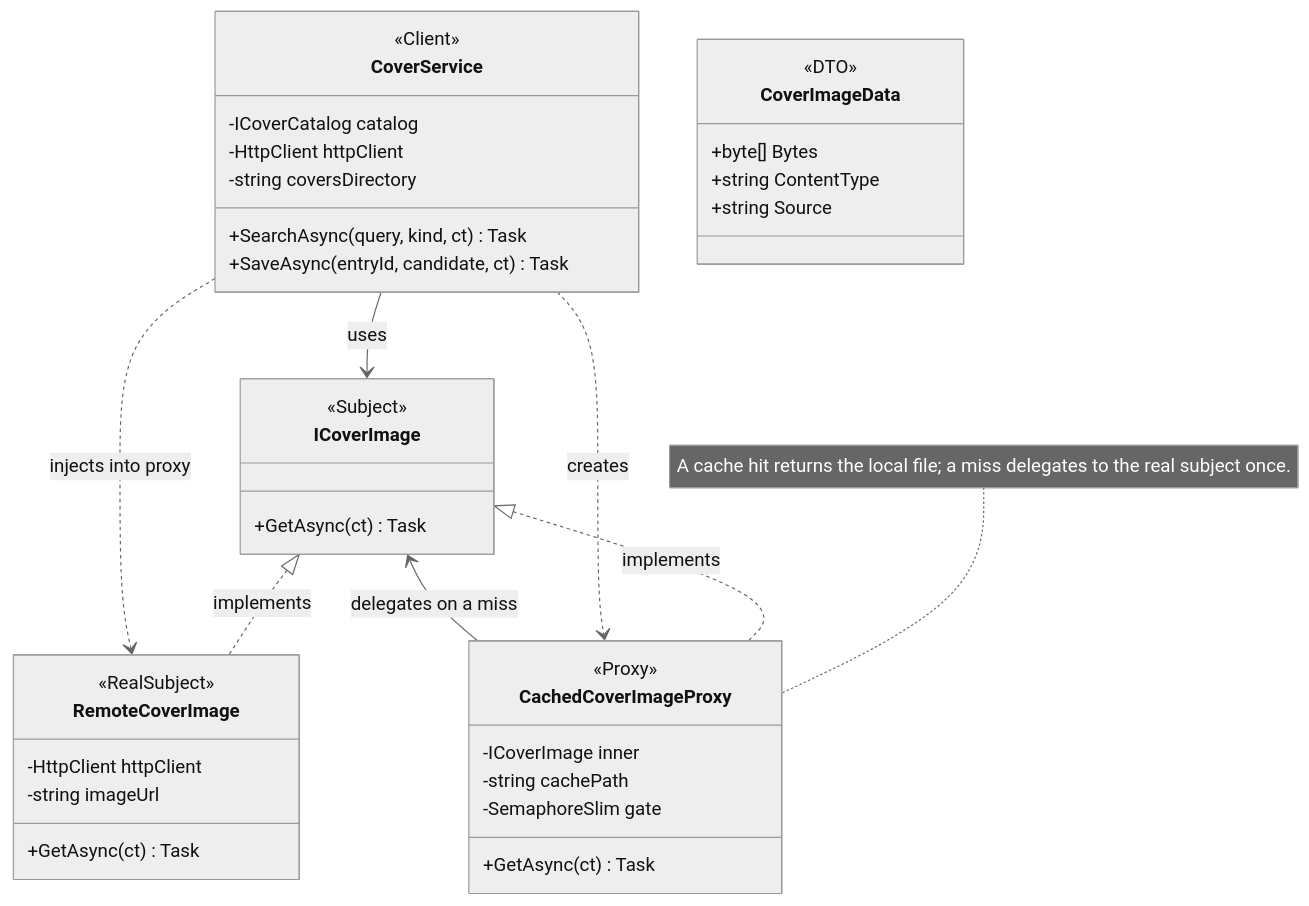
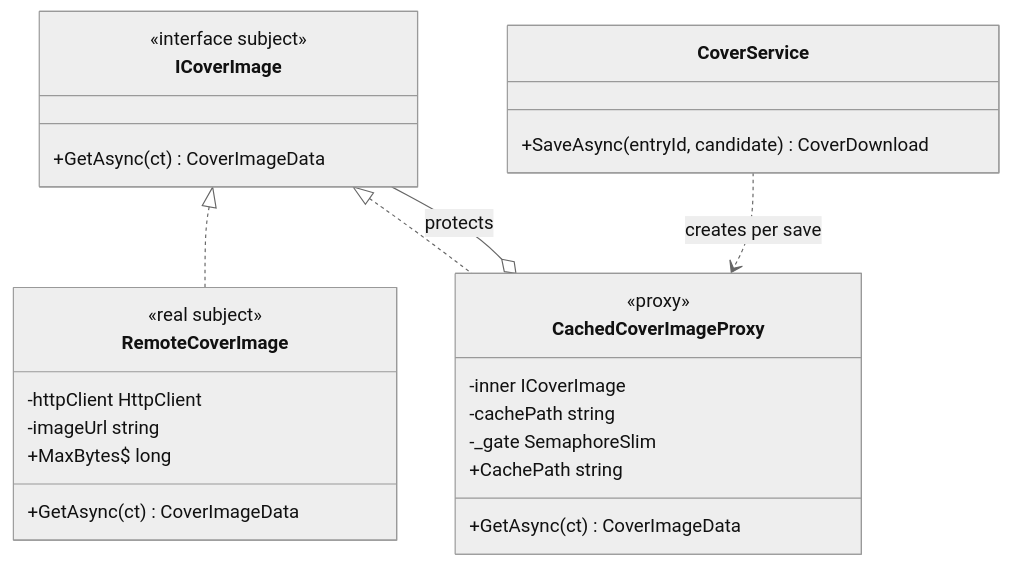
The third of 3 diagrams in Reports/Lab2.md (Prince-of-Nothing/TMPS-Labs), drawn with Mermaid (neutral theme) before and after one commit. The commit also changed other lines of this file and 4 other files, not shown here.

````diff
--- a/Reports/Lab2.md
+++ b/Reports/Lab2.md
@@ -393,42 +246,30 @@
 ```mermaid
 classDiagram
-direction TB
-class CoverService {
-  <<Client>>
-  -ICoverCatalog catalog
-  -HttpClient httpClient
-  -string coversDirectory
-  +SearchAsync(query, kind, ct) Task
-  +SaveAsync(entryId, candidate, ct) Task
-}
-class ICoverImage {
-  <<Subject>>
-  +GetAsync(ct) Task
-}
-class CoverImageData {
-  <<DTO>>
-  +byte[] Bytes
-  +string ContentType
-  +string Source
-}
-class RemoteCoverImage {
-  <<RealSubject>>
-  -HttpClient httpClient
-  -string imageUrl
-  +GetAsync(ct) Task
-}
-class CachedCoverImageProxy {
-  <<Proxy>>
-  -ICoverImage inner
-  -string cachePath
-  -SemaphoreSlim gate
-  +GetAsync(ct) Task
-}
-CoverService --> ICoverImage : uses
-ICoverImage <|.. RemoteCoverImage : implements
-ICoverImage <|.. CachedCoverImageProxy : implements
-CachedCoverImageProxy --> ICoverImage : delegates on a miss
-CoverService ..> CachedCoverImageProxy : creates
-CoverService ..> RemoteCoverImage : injects into proxy
-note for CachedCoverImageProxy "A cache hit returns the local file; a miss delegates to the real subject once."
+    direction TB
+    class ICoverImage {
+        <<interface subject>>
+        +GetAsync(ct) CoverImageData
+    }
+    class RemoteCoverImage {
+        <<real subject>>
+        -httpClient HttpClient
+        -imageUrl string
+        +MaxBytes$ long
+        +GetAsync(ct) CoverImageData
+    }
+    class CachedCoverImageProxy {
+        <<proxy>>
+        -inner ICoverImage
+        -cachePath string
+        -_gate SemaphoreSlim
+        +GetAsync(ct) CoverImageData
+        +CachePath string
+    }
+    class CoverService {
+        +SaveAsync(entryId, candidate) CoverDownload
+    }
+    ICoverImage <|.. RemoteCoverImage
+    ICoverImage <|.. CachedCoverImageProxy
+    CachedCoverImageProxy o-- ICoverImage : protects
+    CoverService ..> CachedCoverImageProxy : creates per save
 ```
````
